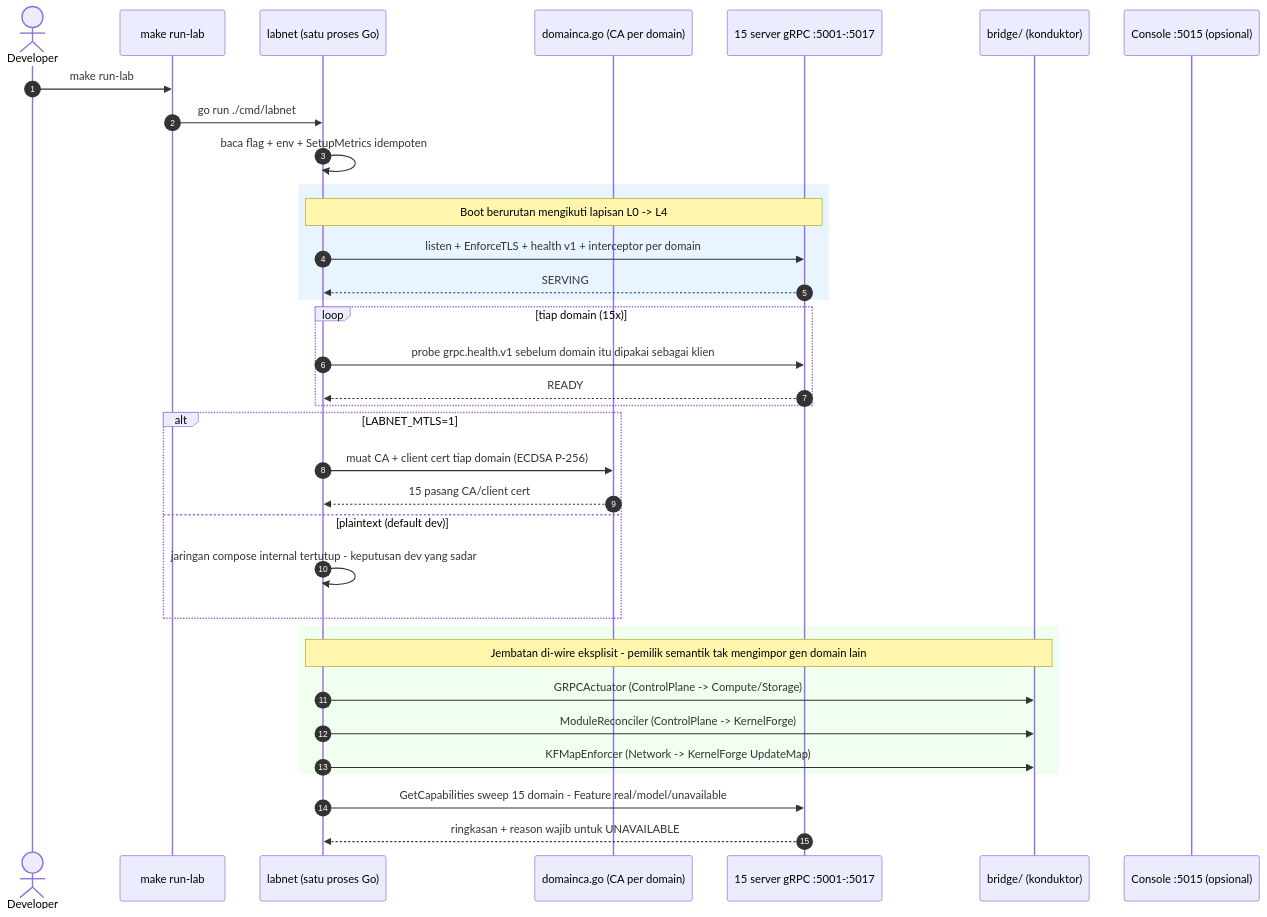
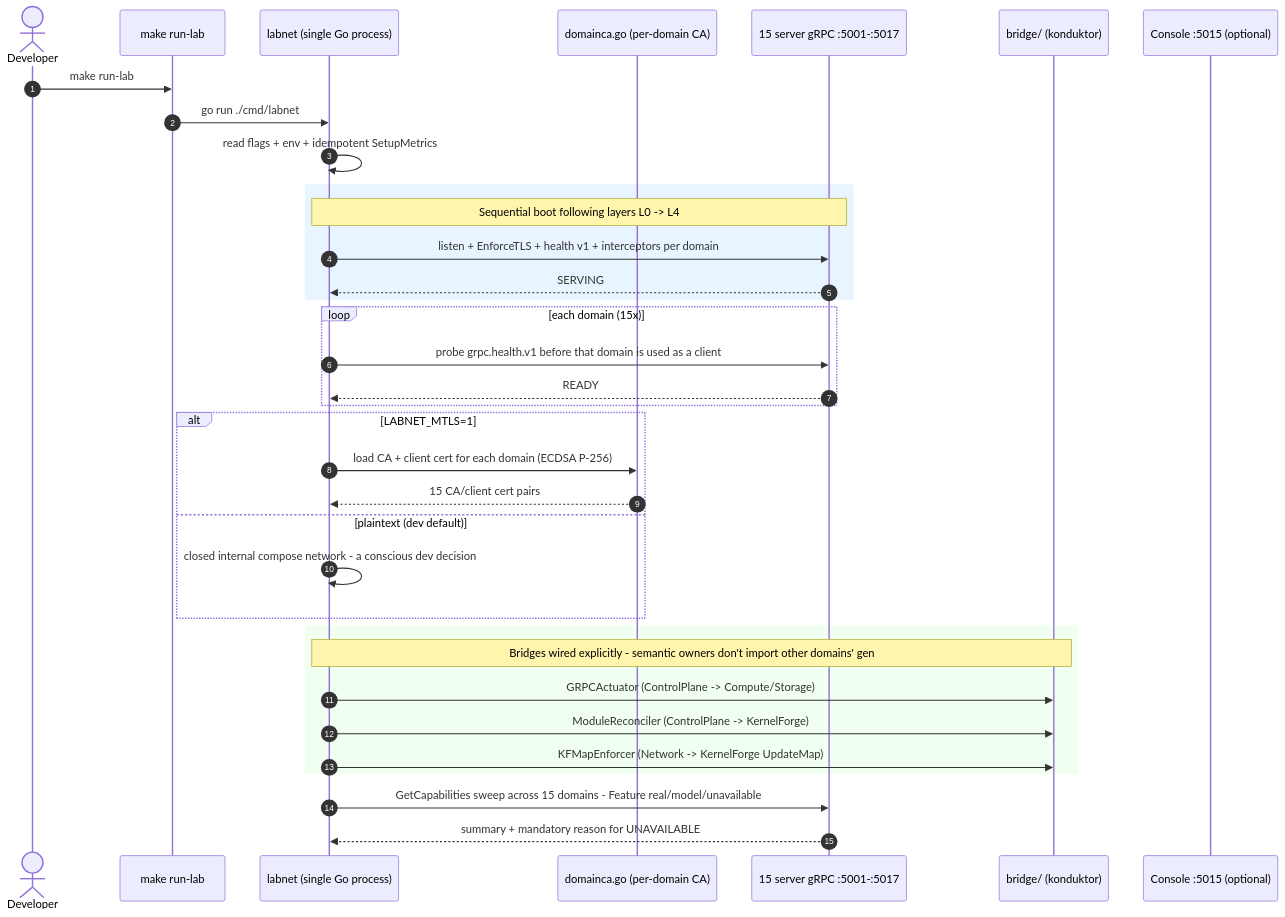
One commit to renaldyhidayatt/renaldyhidayatt.github.io changed the third of 7 diagrams in src/content/portfolio/pieroloka-golang.mdx. Above: the diagram before and after it, drawn with Mermaid. The commit also changed other lines of this file and 97 other files, not shown here.

````diff
--- a/src/content/portfolio/pieroloka-golang.mdx
+++ b/src/content/portfolio/pieroloka-golang.mdx
@@ -214,43 +215,43 @@
 ```mermaid
 sequenceDiagram
     autonumber
     actor U as Developer
     participant M as make run-lab
-    participant L as labnet (satu proses Go)
-    participant CA as domainca.go (CA per domain)
+    participant L as labnet (single Go process)
+    participant CA as domainca.go (per-domain CA)
     participant D as 15 server gRPC :5001-:5017
     participant B as bridge/ (konduktor)
-    participant W as Console :5015 (opsional)
+    participant W as Console :5015 (optional)
 
     U->>M: make run-lab
     M->>L: go run ./cmd/labnet
-    L->>L: baca flag + env + SetupMetrics idempoten
+    L->>L: read flags + env + idempotent SetupMetrics
 
     rect rgb(232, 244, 255)
-        Note over L,D: Boot berurutan mengikuti lapisan L0 -> L4
-        L->>D: listen + EnforceTLS + health v1 + interceptor per domain
+        Note over L,D: Sequential boot following layers L0 -> L4
+        L->>D: listen + EnforceTLS + health v1 + interceptors per domain
         D-->>L: SERVING
     end
 
-    loop tiap domain (15x)
-        L->>D: probe grpc.health.v1 sebelum domain itu dipakai sebagai klien
+    loop each domain (15x)
+        L->>D: probe grpc.health.v1 before that domain is used as a client
         D-->>L: READY
     end
 
     alt LABNET_MTLS=1
-        L->>CA: muat CA + client cert tiap domain (ECDSA P-256)
-        CA-->>L: 15 pasang CA/client cert
-    else plaintext (default dev)
-        L->>L: jaringan compose internal tertutup - keputusan dev yang sadar
+        L->>CA: load CA + client cert for each domain (ECDSA P-256)
+        CA-->>L: 15 CA/client cert pairs
+    else plaintext (dev default)
+        L->>L: closed internal compose network - a conscious dev decision
     end
 
     rect rgb(240, 255, 240)
-        Note over L,B: Jembatan di-wire eksplisit - pemilik semantik tak mengimpor gen domain lain
+        Note over L,B: Bridges wired explicitly - semantic owners don't import other domains' gen
         L->>B: GRPCActuator (ControlPlane -> Compute/Storage)
         L->>B: ModuleReconciler (ControlPlane -> KernelForge)
         L->>B: KFMapEnforcer (Network -> KernelForge UpdateMap)
     end
 
-    L->>D: GetCapabilities sweep 15 domain - Feature real/model/unavailable
-    D-->>L: ringkasan + reason wajib untuk UNAVAILABLE
+    L->>D: GetCapabilities sweep across 15 domains - Feature real/model/unavailable
+    D-->>L: summary + mandatory reason for UNAVAILABLE
 ```
````
